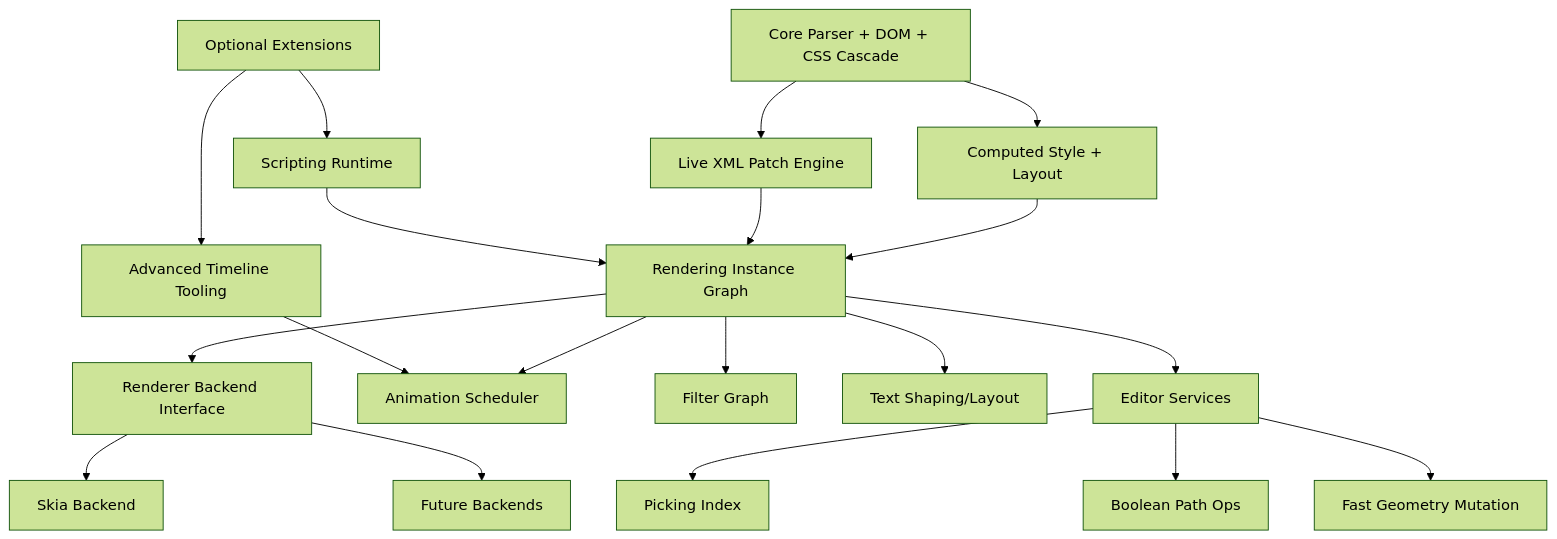
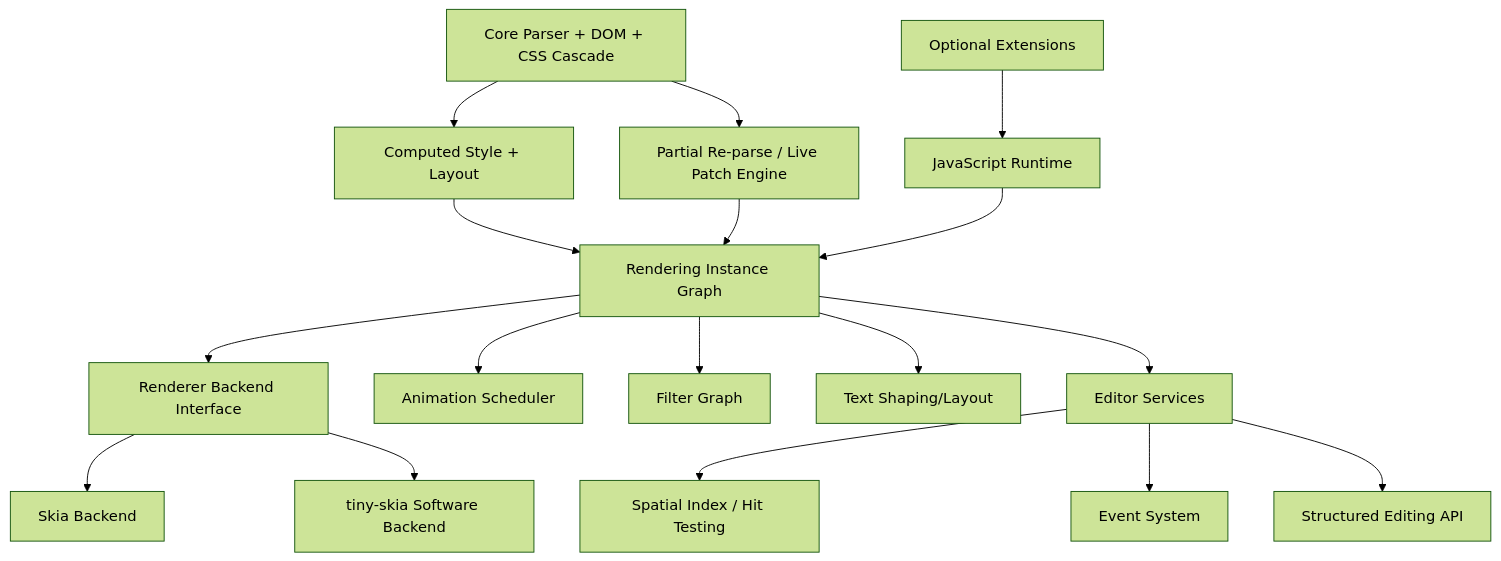
Before and after one commit to jwmcglynn/donner: the diagram in docs/design_docs/ProjectRoadmap.md, drawn with Mermaid (forest theme). The commit also changed other lines of this file, not shown here.

First line of the commit message:
Update project roadmap: glob v0.5, plan v1.0 release

````diff
--- a/docs/design_docs/ProjectRoadmap.md
+++ b/docs/design_docs/ProjectRoadmap.md
@@ -120,25 +224,23 @@
 ```mermaid
 flowchart TD
   A[Core Parser + DOM + CSS Cascade] --> B[Computed Style + Layout]
   B --> C[Rendering Instance Graph]
   C --> D[Renderer Backend Interface]
   D --> E1[Skia Backend]
-  D --> E2[Future Backends]
+  D --> E2[tiny-skia Software Backend]
 
-  A --> F[Live XML Patch Engine]
+  A --> F[Partial Re-parse / Live Patch Engine]
   F --> C
 
   C --> G[Animation Scheduler]
   C --> H[Filter Graph]
   C --> I[Text Shaping/Layout]
 
   C --> J[Editor Services]
-  J --> J1[Picking Index]
-  J --> J2[Boolean Path Ops]
-  J --> J3[Fast Geometry Mutation]
+  J --> J1[Spatial Index / Hit Testing]
+  J --> J2[Event System]
+  J --> J3[Structured Editing API]
 
-  K[Optional Extensions] --> K1[Scripting Runtime]
-  K --> K2[Advanced Timeline Tooling]
+  K[Optional Extensions] --> K1[JavaScript Runtime]
   K1 --> C
-  K2 --> G
 ```
````
